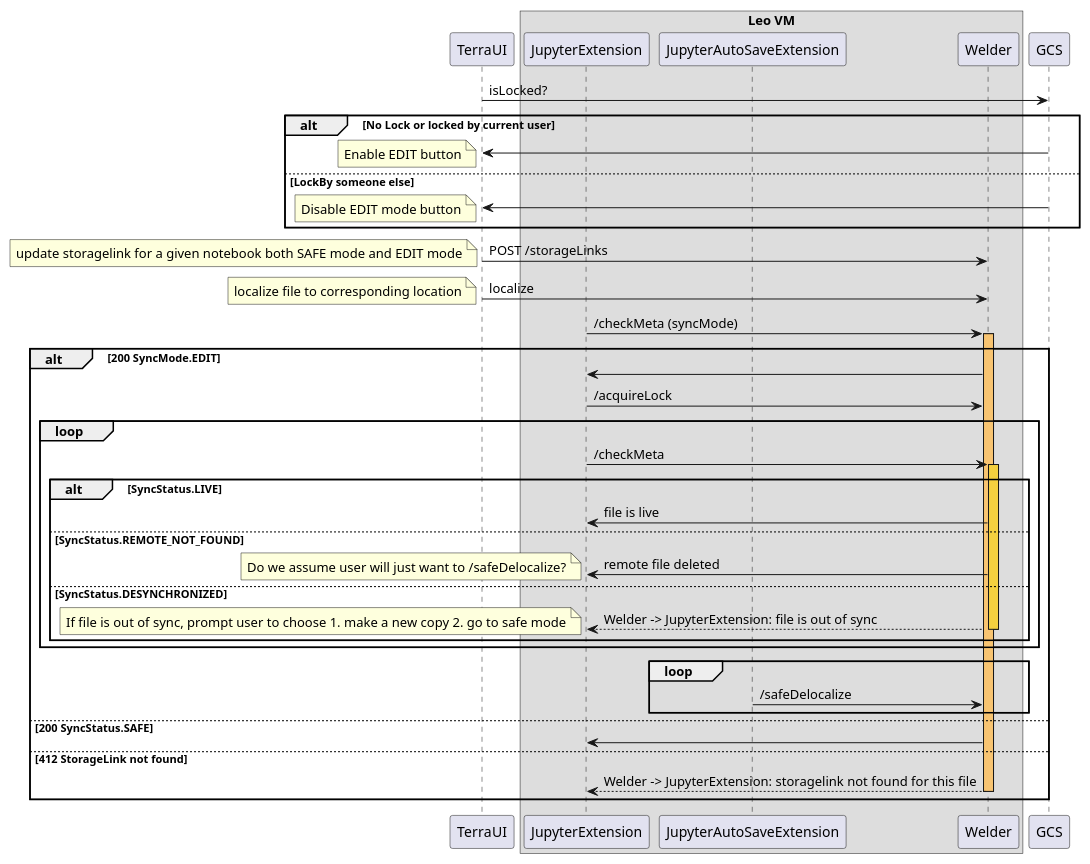
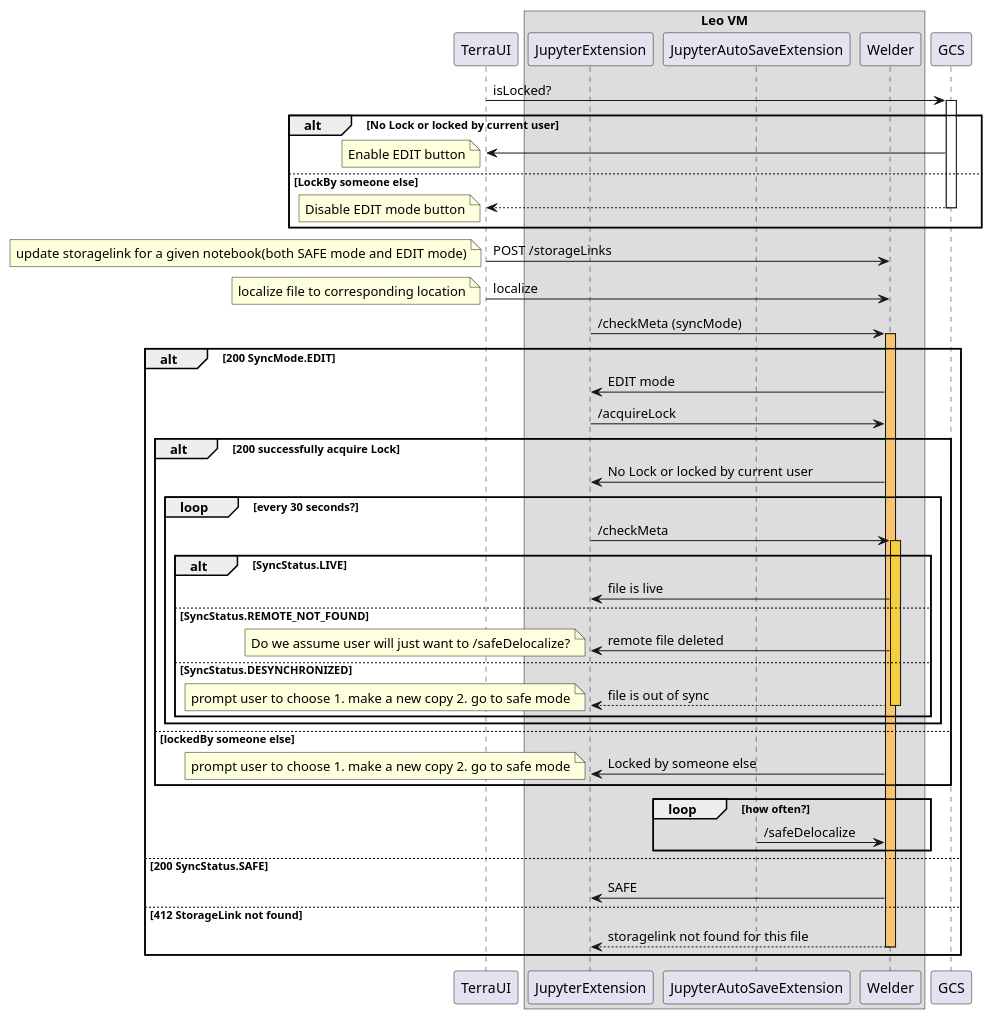
One commit to DataBiosphere/welder changed the diagram in server/src/main/resources/UI_Interaction.puml. Above: the diagram before and after it, drawn with PlantUML. The commit also changed 2 other files, not shown here.

Commit message:
add a diagram

```diff
--- a/server/src/main/resources/UI_Interaction.puml
+++ b/server/src/main/resources/UI_Interaction.puml
@@ -1,47 +1,54 @@
 @startuml
 participant TerraUI
 box "Leo VM"
     participant JupyterExtension
     participant JupyterAutoSaveExtension
     participant Welder
 end box
 participant GCS
 
-TerraUI -> GCS: isLocked?
+TerraUI -> GCS ++: isLocked?
 alt No Lock or locked by current user
     GCS -> TerraUI:
     note left: Enable EDIT button
 else LockBy someone else
-    GCS -> TerraUI:
+    return
     note left: Disable EDIT mode button
 end
 TerraUI -> Welder: POST /storageLinks
-note left: update storagelink for a given notebook both SAFE mode and EDIT mode
+note left: update storagelink for a given notebook(both SAFE mode and EDIT mode)
 TerraUI -> Welder: localize
 note left: localize file to corresponding location
 
 JupyterExtension -> Welder ++ #F8C471: /checkMeta (syncMode)
 alt 200 SyncMode.EDIT
-    Welder -> JupyterExtension
+    Welder -> JupyterExtension: EDIT mode
     JupyterExtension -> Welder: /acquireLock
-    loop
-        JupyterExtension -> Welder ++ #F4D03F: /checkMeta
-        alt SyncStatus.LIVE
-            Welder -> JupyterExtension: file is live
-        else SyncStatus.REMOTE_NOT_FOUND
-            Welder -> JupyterExtension: remote file deleted
-            note left: Do we assume user will just want to /safeDelocalize?
-        else SyncStatus.DESYNCHRONIZED
-            return Welder -> JupyterExtension: file is out of sync
-            note left: If file is out of sync, prompt user to choose 1. make a new copy 2. go to safe mode
+
+    alt 200 successfully acquire Lock
+        Welder -> JupyterExtension: No Lock or locked by current user
+        loop every 30 seconds?
+            JupyterExtension -> Welder ++ #F4D03F: /checkMeta
+            alt SyncStatus.LIVE
+                Welder -> JupyterExtension: file is live
+            else SyncStatus.REMOTE_NOT_FOUND
+                Welder -> JupyterExtension: remote file deleted
+                note left: Do we assume user will just want to /safeDelocalize?
+            else SyncStatus.DESYNCHRONIZED
+                return file is out of sync
+                note left: prompt user to choose 1. make a new copy 2. go to safe mode
+            end
         end
+    else lockedBy someone else
+        Welder -> JupyterExtension: Locked by someone else
+        note left: prompt user to choose 1. make a new copy 2. go to safe mode
     end
-    loop
+    loop how often?
         JupyterAutoSaveExtension -> Welder: /safeDelocalize
     end
 else 200 SyncStatus.SAFE
-    Welder -> JupyterExtension
+    Welder -> JupyterExtension: SAFE
 else 412 StorageLink not found
-    return Welder -> JupyterExtension: storagelink not found for this file
+    return storagelink not found for this file
 end
 @enduml
```
